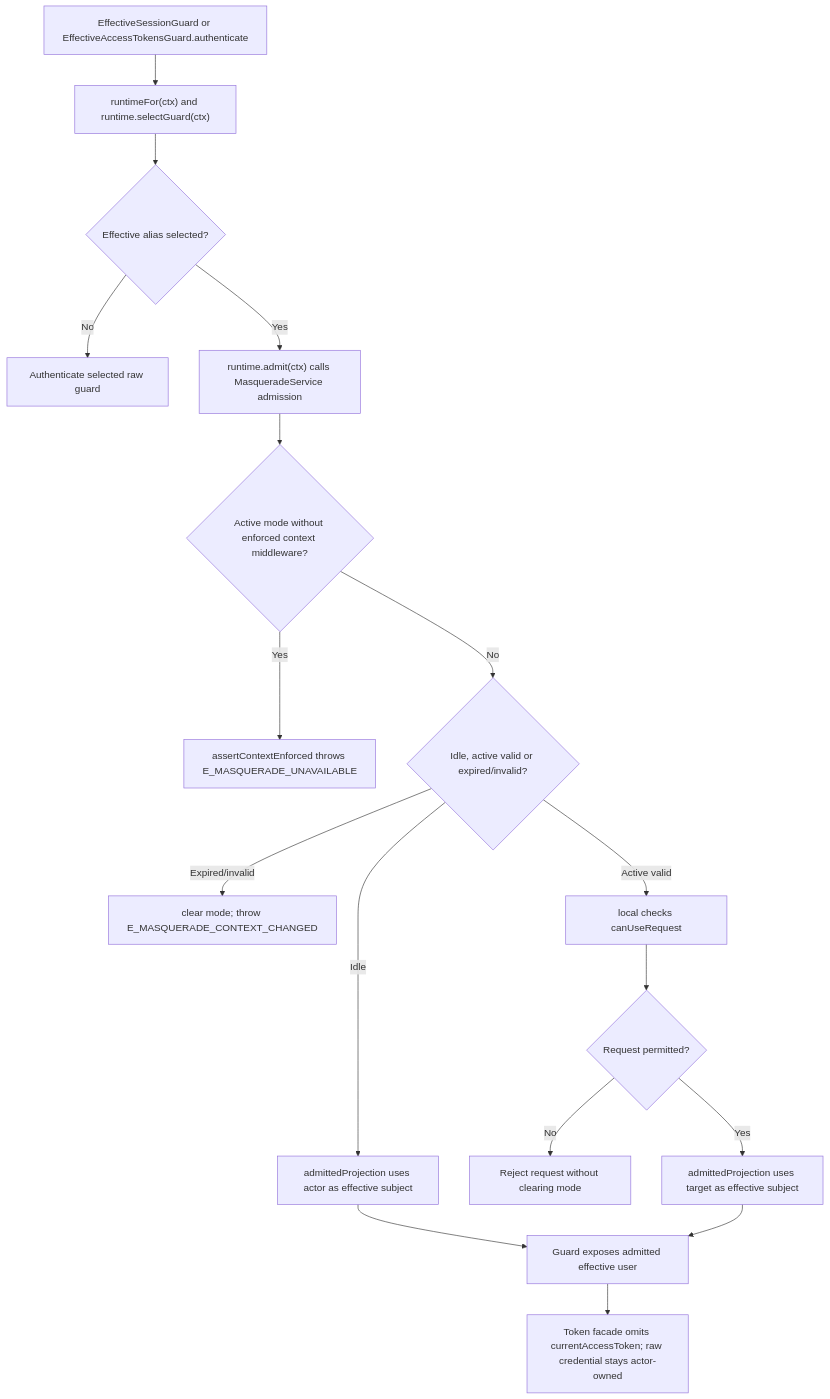
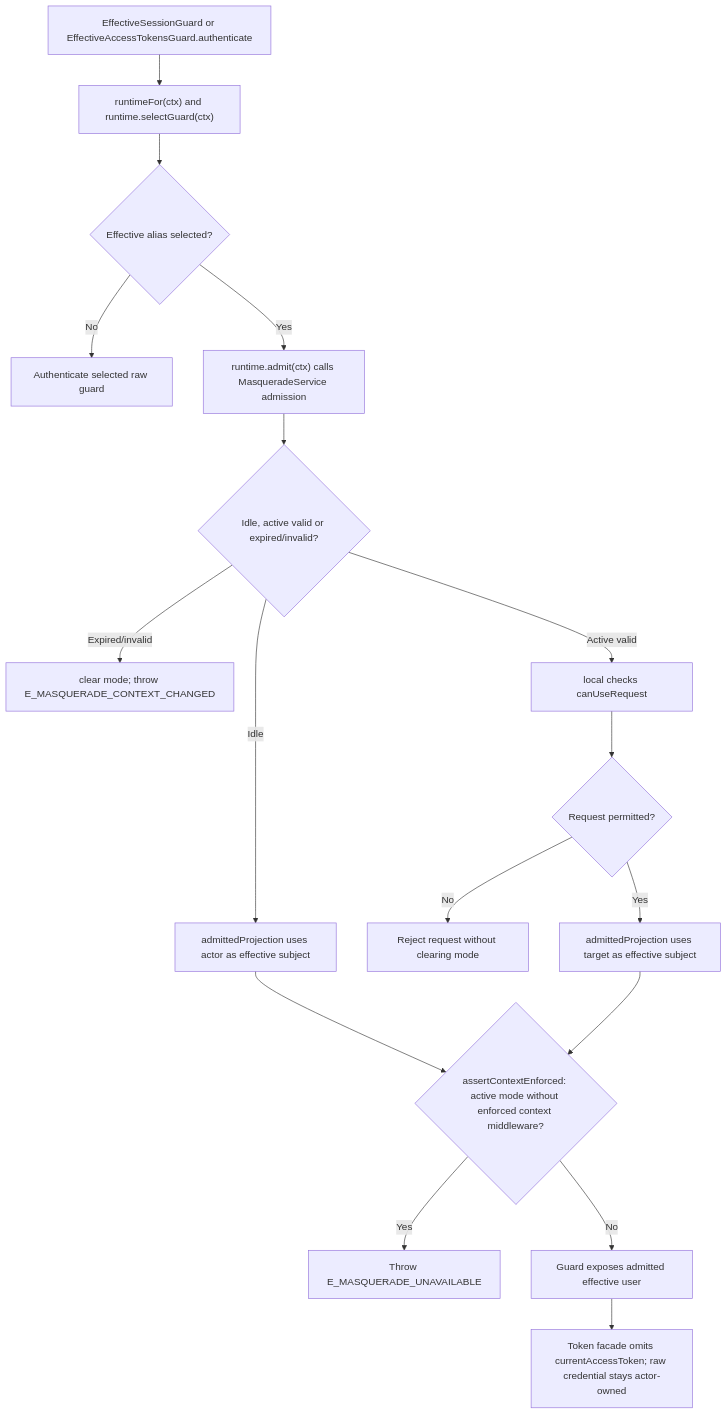
The second of 2 diagrams in user-stories/view-effective-account/us-actor-02-view-effective-account.md (Kevinjohn/oss-adonisjs-masquerade), drawn with Mermaid before and after one commit. The commit also changed 2 other files, not shown here.

Commit message:
docs: align guard and testing cleanup flows

````diff
--- a/user-stories/view-effective-account/us-actor-02-view-effective-account.md
+++ b/user-stories/view-effective-account/us-actor-02-view-effective-account.md
@@ -39,19 +39,19 @@
 ```mermaid
 flowchart TD
     A["EffectiveSessionGuard or EffectiveAccessTokensGuard.authenticate"] --> B["runtimeFor(ctx) and runtime.selectGuard(ctx)"]
     B --> C{"Effective alias selected?"}
     C -->|No| D["Authenticate selected raw guard"]
     C -->|Yes| E["runtime.admit(ctx) calls MasqueradeService admission"]
-    E --> E2{"Active mode without enforced context middleware?"}
-    E2 -->|Yes| Z["assertContextEnforced throws E_MASQUERADE_UNAVAILABLE"]
-    E2 -->|No| F{"Idle, active valid or expired/invalid?"}
+    E --> F{"Idle, active valid or expired/invalid?"}
     F -->|Idle| G["admittedProjection uses actor as effective subject"]
     F -->|Expired/invalid| H["clear mode; throw E_MASQUERADE_CONTEXT_CHANGED"]
     F -->|Active valid| I["local checks canUseRequest"]
     I --> J{"Request permitted?"}
     J -->|No| K["Reject request without clearing mode"]
     J -->|Yes| L["admittedProjection uses target as effective subject"]
-    G --> M["Guard exposes admitted effective user"]
-    L --> M
+    G --> E2{"assertContextEnforced: active mode without enforced context middleware?"}
+    L --> E2
+    E2 -->|Yes| Z["Throw E_MASQUERADE_UNAVAILABLE"]
+    E2 -->|No| M["Guard exposes admitted effective user"]
     M --> N["Token facade omits currentAccessToken; raw credential stays actor-owned"]
 ```
````
